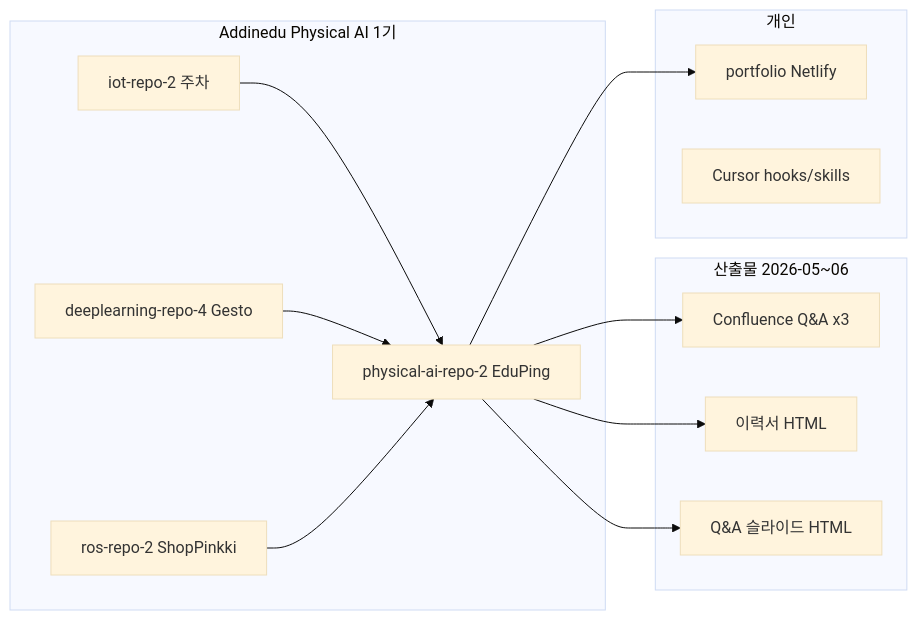
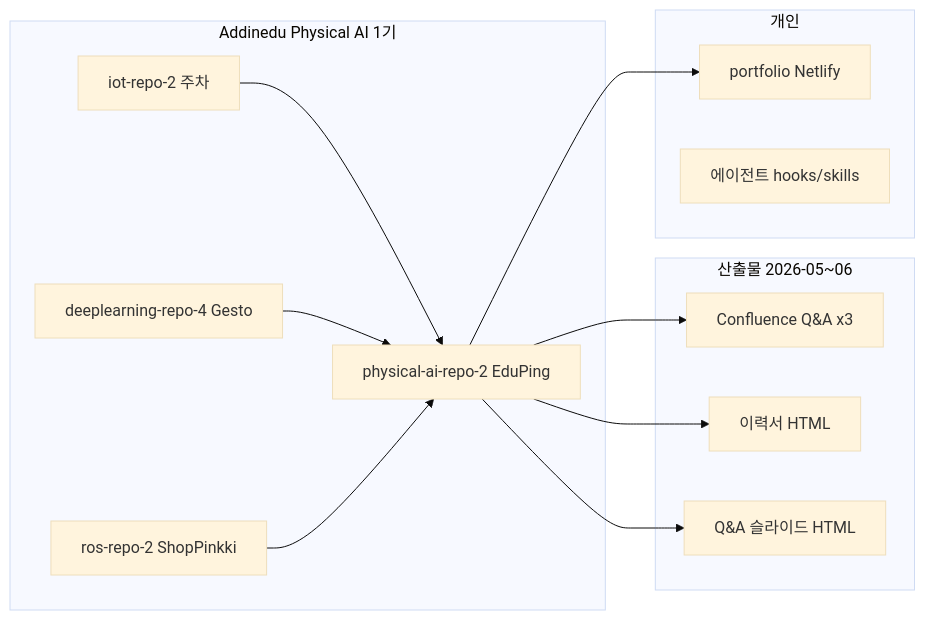
The diagram in content/2026-06-09/all-projects-work-summary.md (joey114132/devlog), drawn with Mermaid (base theme) before and after one commit. The commit also changed other lines of this file and 6 other files, not shown here.

````diff
--- a/content/2026-06-09/all-projects-work-summary.md
+++ b/content/2026-06-09/all-projects-work-summary.md
@@ -210,25 +210,25 @@
 ```mermaid
 flowchart LR
   subgraph bootcamp [Addinedu Physical AI 1기]
     IoT[iot-repo-2 주차]
     DL[deeplearning-repo-4 Gesto]
     ROS[ros-repo-2 ShopPinkki]
     PAI[physical-ai-repo-2 EduPing]
   end
   subgraph deliverables [산출물 2026-05~06]
     QnA[Confluence Q&A x3]
     Resume[이력서 HTML]
     Deck[Q&A 슬라이드 HTML]
   end
   subgraph personal [개인]
     Port[portfolio Netlify]
-    Harness[Cursor hooks/skills]
+    Harness[에이전트 hooks/skills]
   end
   IoT --> PAI
   DL --> PAI
   ROS --> PAI
   PAI --> QnA
   PAI --> Deck
   PAI --> Resume
   PAI --> Port
 ```
````
